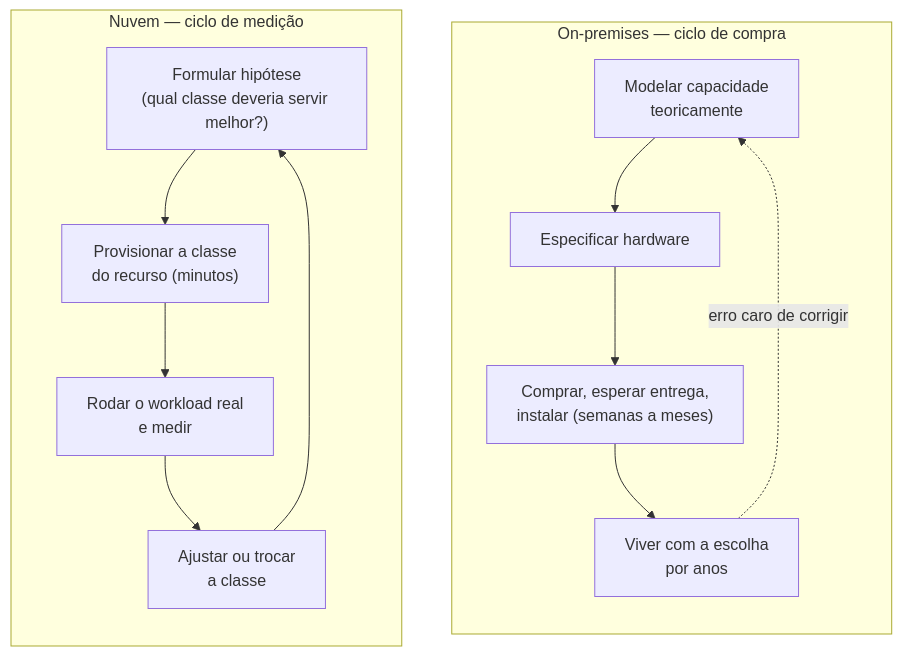
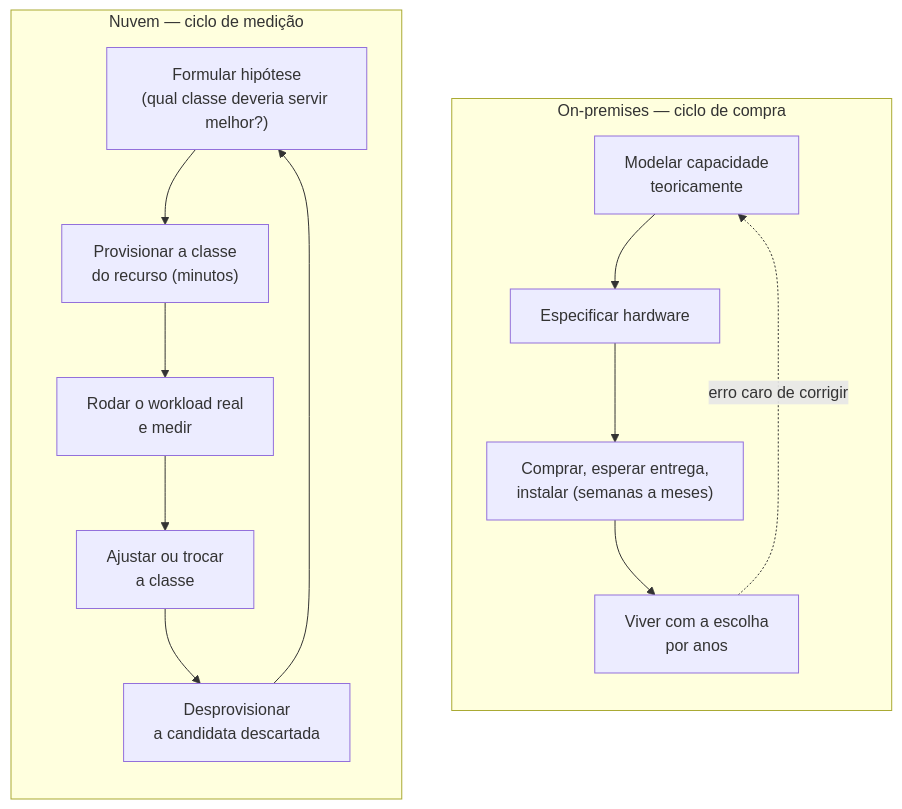
One commit to josenaldo/codex-technomanticus changed the second of 4 diagrams in 03-Dominios/Tecnologia/Cloud/03 - Well-Architected Framework/05 - Eficiência de performance.md. Above: the diagram before and after it, drawn with Mermaid. The commit also changed other lines of this file, not shown here.

````diff
--- a/03-Dominios/Tecnologia/Cloud/03 - Well-Architected Framework/05 - Eficiência de performance.md
+++ b/03-Dominios/Tecnologia/Cloud/03 - Well-Architected Framework/05 - Eficiência de performance.md
@@ -78,17 +136,18 @@
 ```mermaid
 flowchart TB
     subgraph OnPrem["On-premises — ciclo de compra"]
         direction TB
         O1["Modelar capacidade\nteoricamente"] --> O2["Especificar hardware"]
         O2 --> O3["Comprar, esperar entrega,\ninstalar (semanas a meses)"]
         O3 --> O4["Viver com a escolha\npor anos"]
         O4 -.erro caro de corrigir.-> O1
     end
     subgraph Cloud["Nuvem — ciclo de medição"]
         direction TB
         C1["Formular hipótese\n(qual classe deveria servir melhor?)"] --> C2["Provisionar a classe\ndo recurso (minutos)"]
         C2 --> C3["Rodar o workload real\ne medir"]
         C3 --> C4["Ajustar ou trocar\na classe"]
-        C4 --> C1
+        C4 --> C5["Desprovisionar\na candidata descartada"]
+        C5 --> C1
     end
 ```
````
